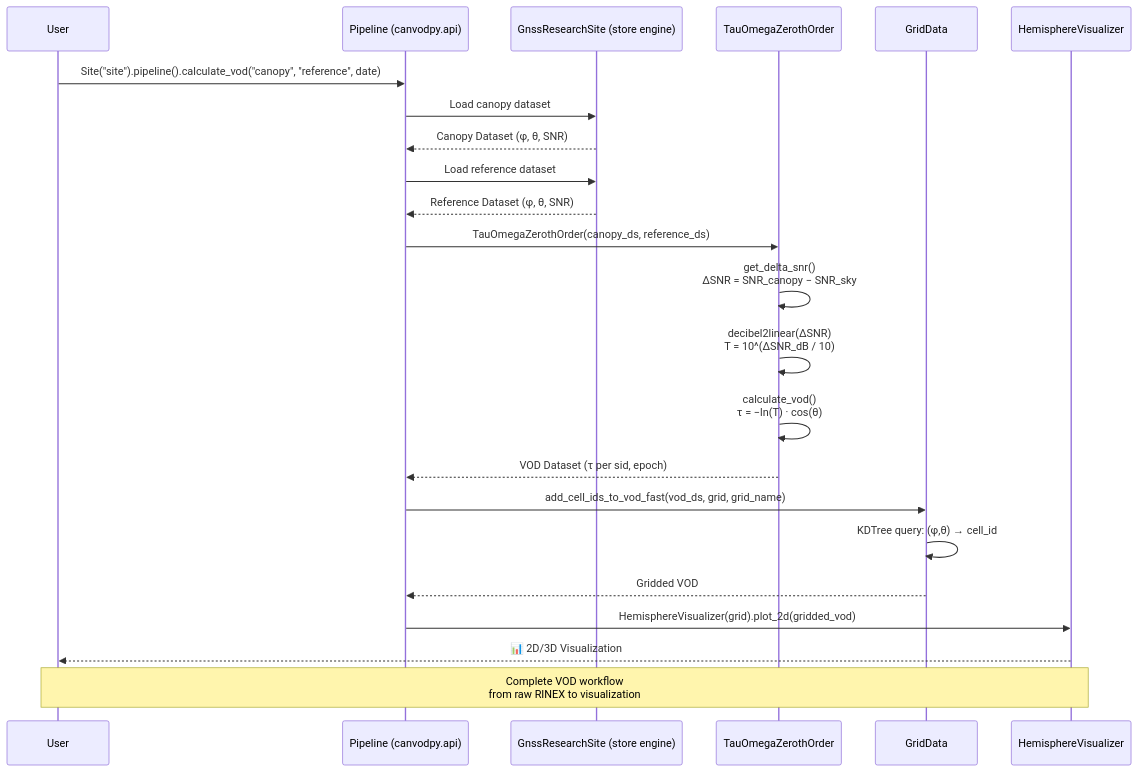
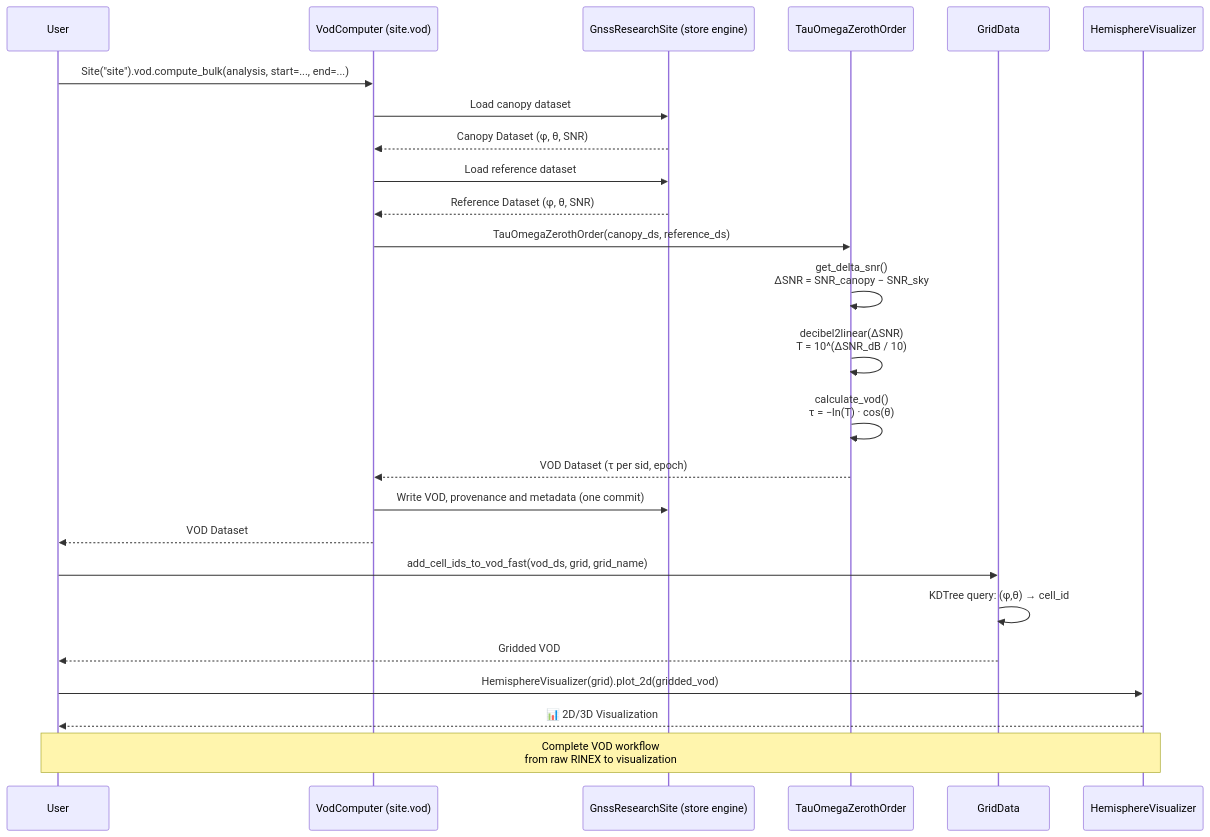
Before and after one commit to nfb2021/canvodpy: the diagram in docs/diagrams/04-vod-workflow.mmd, drawn with Mermaid. The commit also changed 6 other files, not shown here.

First line of the commit message:
refactor(api): Pipeline.calculate_vod delegates to site.vod and is deprecated

```diff
--- a/docs/diagrams/04-vod-workflow.mmd
+++ b/docs/diagrams/04-vod-workflow.mmd
@@ -1,32 +1,35 @@
 sequenceDiagram
     participant User
-    participant Pipeline as Pipeline (canvodpy.api)
+    participant VOD as VodComputer (site.vod)
     participant Store as GnssResearchSite (store engine)
     participant VODCalc as TauOmegaZerothOrder
     participant Grid as GridData
     participant Viz as HemisphereVisualizer
 
-    User->>Pipeline: Site("site").pipeline().calculate_vod("canopy", "reference", date)
+    User->>VOD: Site("site").vod.compute_bulk(analysis, start=..., end=...)
 
-    Pipeline->>Store: Load canopy dataset
-    Store-->>Pipeline: Canopy Dataset (φ, θ, SNR)
+    VOD->>Store: Load canopy dataset
+    Store-->>VOD: Canopy Dataset (φ, θ, SNR)
 
-    Pipeline->>Store: Load reference dataset
-    Store-->>Pipeline: Reference Dataset (φ, θ, SNR)
+    VOD->>Store: Load reference dataset
+    Store-->>VOD: Reference Dataset (φ, θ, SNR)
 
-    Pipeline->>VODCalc: TauOmegaZerothOrder(canopy_ds, reference_ds)
+    VOD->>VODCalc: TauOmegaZerothOrder(canopy_ds, reference_ds)
 
     VODCalc->>VODCalc: get_delta_snr()<br/>ΔSNR = SNR_canopy − SNR_sky
     VODCalc->>VODCalc: decibel2linear(ΔSNR)<br/>T = 10^(ΔSNR_dB / 10)
     VODCalc->>VODCalc: calculate_vod()<br/>τ = −ln(T) · cos(θ)
 
-    VODCalc-->>Pipeline: VOD Dataset (τ per sid, epoch)
+    VODCalc-->>VOD: VOD Dataset (τ per sid, epoch)
 
-    Pipeline->>Grid: add_cell_ids_to_vod_fast(vod_ds, grid, grid_name)
+    VOD->>Store: Write VOD, provenance and metadata (one commit)
+    VOD-->>User: VOD Dataset
+
+    User->>Grid: add_cell_ids_to_vod_fast(vod_ds, grid, grid_name)
     Grid->>Grid: KDTree query: (φ,θ) → cell_id
-    Grid-->>Pipeline: Gridded VOD
+    Grid-->>User: Gridded VOD
 
-    Pipeline->>Viz: HemisphereVisualizer(grid).plot_2d(gridded_vod)
+    User->>Viz: HemisphereVisualizer(grid).plot_2d(gridded_vod)
     Viz-->>User: 📊 2D/3D Visualization
 
     Note over User,Viz: Complete VOD workflow<br/>from raw RINEX to visualization
```
